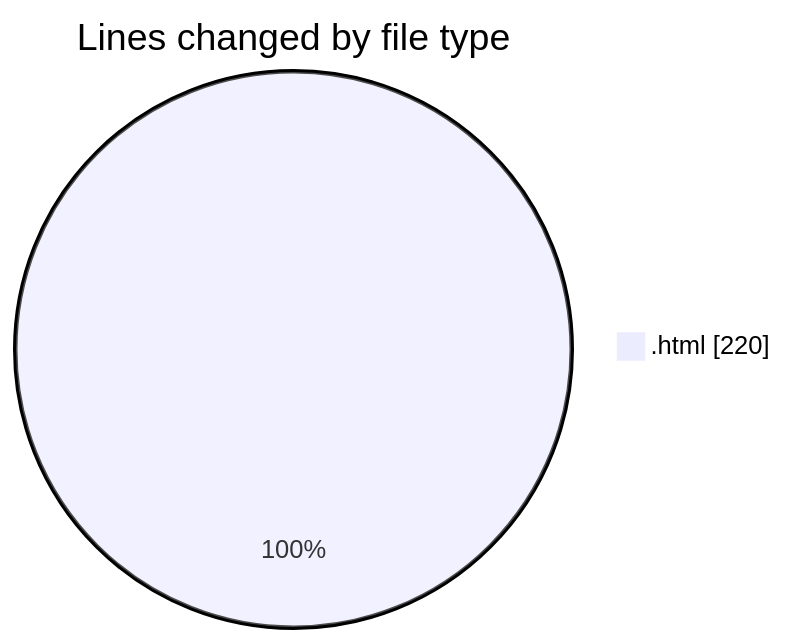
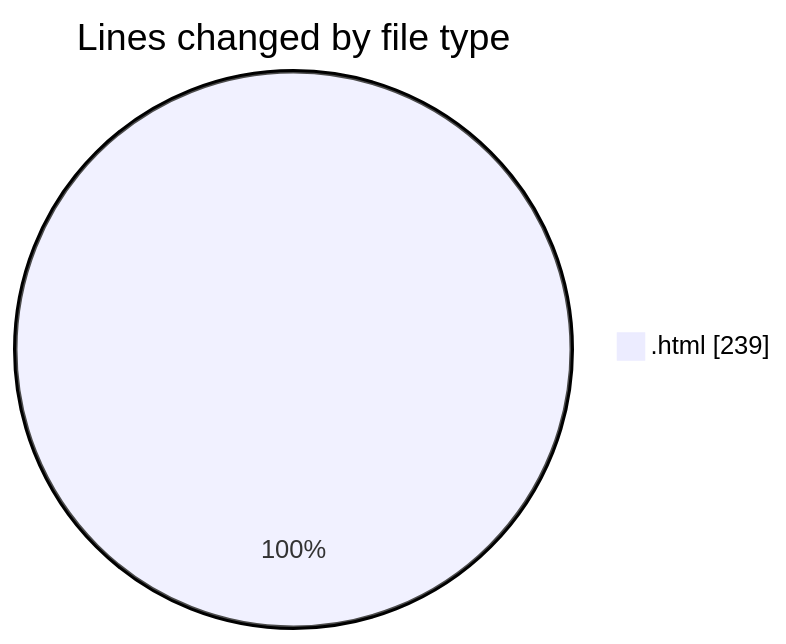
Before and after one commit to LanceThiago/code-tracking: the first of 2 diagrams in 2025-01-08/nueva_carpeta/README.md, drawn with Mermaid. The commit also changed other lines of this file and 1 other file, not shown here.

````diff
--- a/2025-01-08/nueva_carpeta/README.md
+++ b/2025-01-08/nueva_carpeta/README.md
@@ -20,5 +20,5 @@
 ```mermaid
 pie showData
 title Lines changed by file type
-".html" : 220
+".html" : 239
 ```
````
